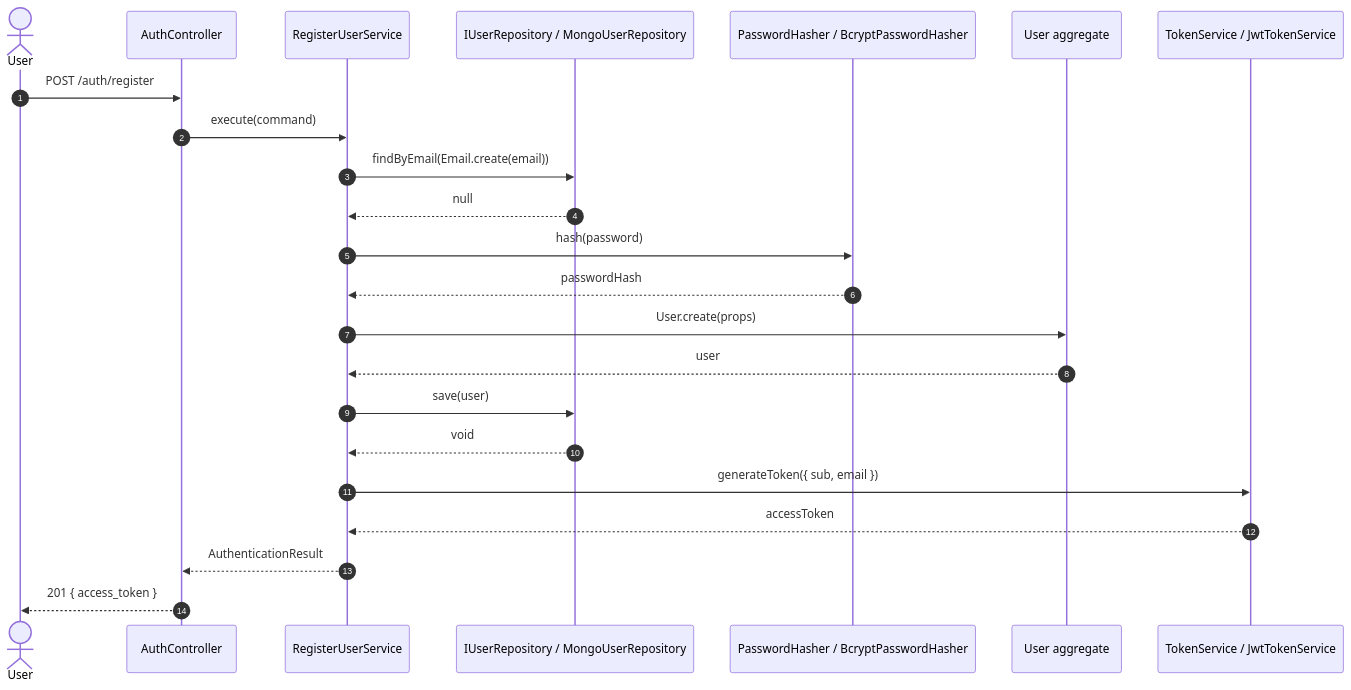
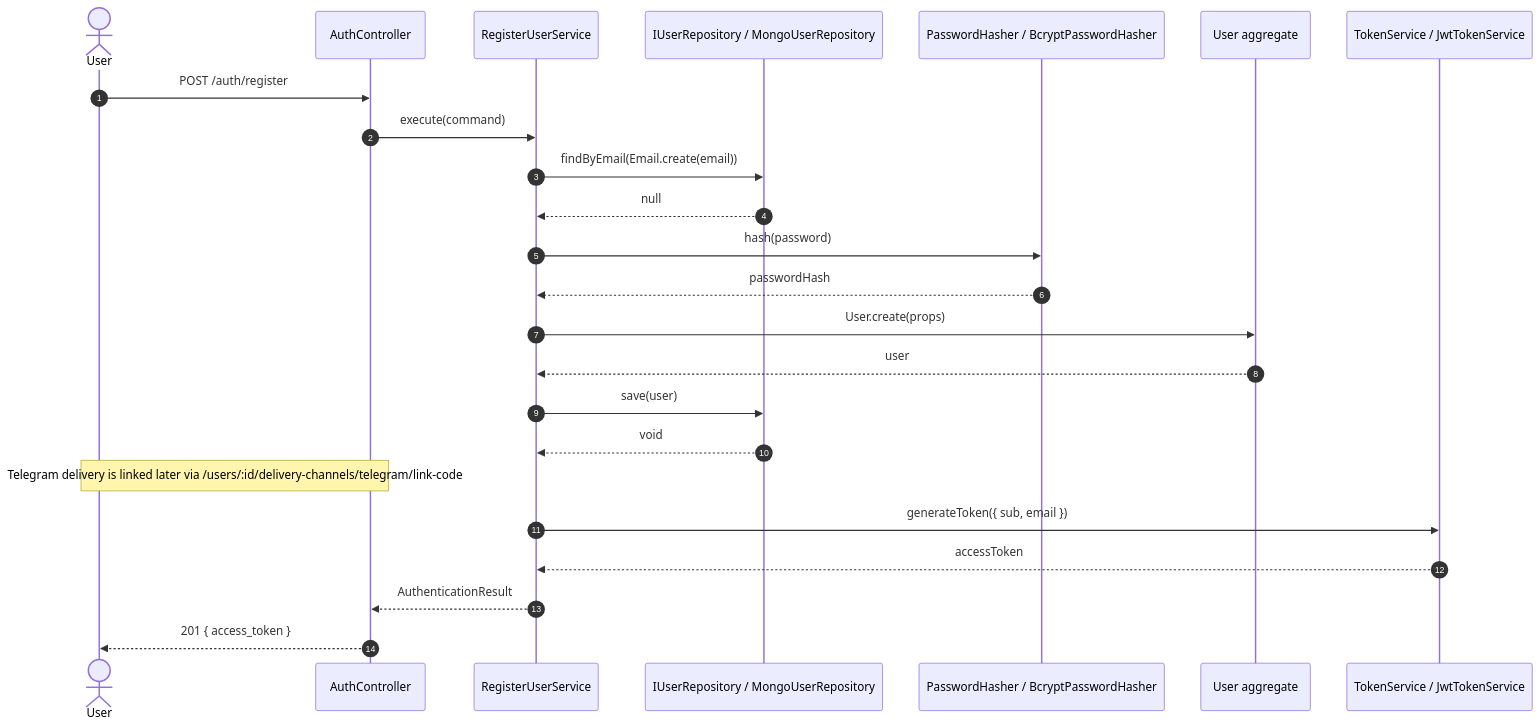
The diagram in docs/architecture/sequences/register-user-sequence.mmd (LattanzioB/WheaterFlow), drawn with Mermaid before and after one commit. The commit also changed 48 other files, not shown here.

Commit message:
feat(notifications): add telegram linking flow

```diff
--- a/docs/architecture/sequences/register-user-sequence.mmd
+++ b/docs/architecture/sequences/register-user-sequence.mmd
@@ -1,24 +1,25 @@
 sequenceDiagram
 autonumber
 actor User
 participant AuthController
 participant RegisterUserService
 participant UserRepository as IUserRepository / MongoUserRepository
 participant PasswordHasher as PasswordHasher / BcryptPasswordHasher
 participant UserAggregate as User aggregate
 participant TokenService as TokenService / JwtTokenService
 
 User->>AuthController: POST /auth/register
 AuthController->>RegisterUserService: execute(command)
 RegisterUserService->>UserRepository: findByEmail(Email.create(email))
 UserRepository-->>RegisterUserService: null
 RegisterUserService->>PasswordHasher: hash(password)
 PasswordHasher-->>RegisterUserService: passwordHash
 RegisterUserService->>UserAggregate: User.create(props)
 UserAggregate-->>RegisterUserService: user
 RegisterUserService->>UserRepository: save(user)
 UserRepository-->>RegisterUserService: void
+Note over User,AuthController: Telegram delivery is linked later via /users/:id/delivery-channels/telegram/link-code
 RegisterUserService->>TokenService: generateToken({ sub, email })
 TokenService-->>RegisterUserService: accessToken
 RegisterUserService-->>AuthController: AuthenticationResult
 AuthController-->>User: 201 { access_token }
```
